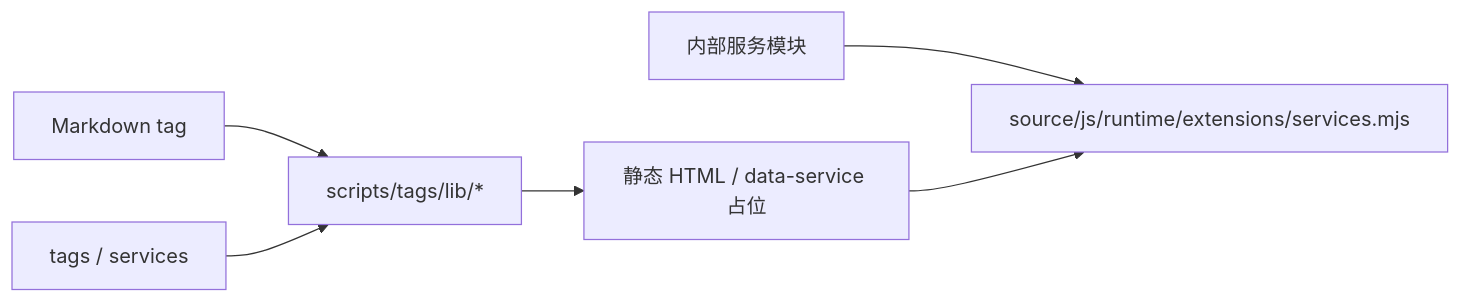
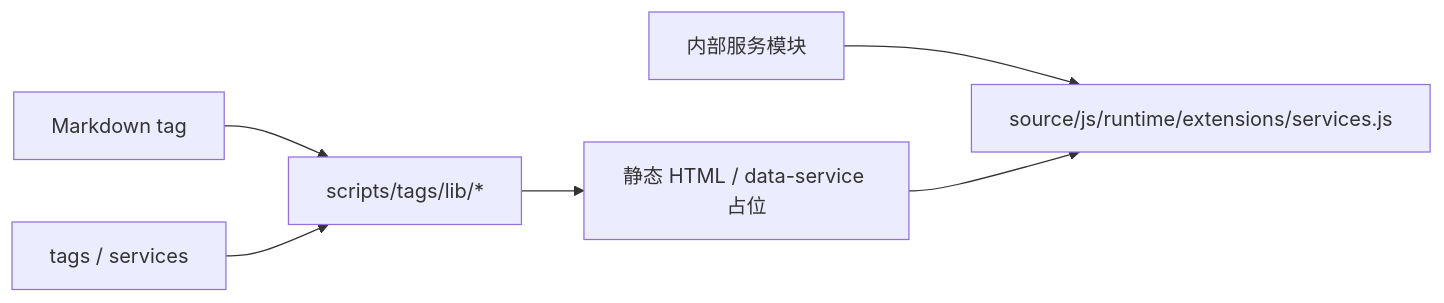
The diagram in docs/knowledge/04-标签插件/tag-plugins-overview.md (xaoxuu/hexo-theme-stellar), drawn with Mermaid before and after one commit. The commit also changed other lines of this file and 43 other files, not shown here.

````diff
--- a/docs/knowledge/04-标签插件/tag-plugins-overview.md
+++ b/docs/knowledge/04-标签插件/tag-plugins-overview.md
@@ -56,8 +56,8 @@
 ```mermaid
 flowchart LR
   MD["Markdown tag"] --> HANDLER["scripts/tags/lib/*"]
   CONFIG["tags / services"] --> HANDLER
   HANDLER --> HTML["静态 HTML / data-service 占位"]
-  ASSETS["内部服务模块"] --> CLIENT["source/js/runtime/extensions/services.mjs"]
+  ASSETS["内部服务模块"] --> CLIENT["source/js/runtime/extensions/services.js"]
   HTML --> CLIENT
 ```
````
